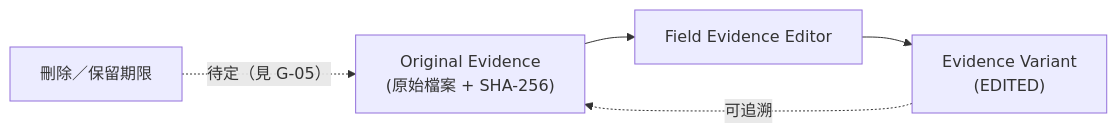
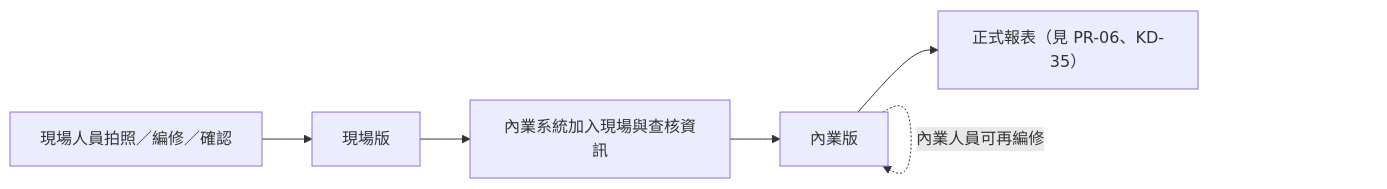
The third of 5 diagrams in docs/intents/02-principles.md (speko-tw/inspect-flow), drawn with Mermaid before and after one commit. The commit also changed other lines of this file and 4 other files, not shown here.

````diff
--- a/docs/intents/02-principles.md
+++ b/docs/intents/02-principles.md
@@ -146,7 +146,8 @@
 ```mermaid
 graph LR
-  ORIG["Original Evidence<br/>(原始檔案 + SHA-256)"] --> EDIT["Field Evidence Editor"]
-  EDIT --> VAR["Evidence Variant<br/>(EDITED)"]
-  VAR -.->|"可追溯"| ORIG
-  DEL["刪除／保留期限"] -.->|"待定（見 G-05）"| ORIG
+  FIELD["現場人員拍照／編修／確認"] --> FV["現場版"]
+  FV --> BACK["內業系統加入現場與查核資訊"]
+  BACK --> IV["內業版"]
+  IV -.->|"內業人員可再編修"| IV
+  IV --> REPORT["正式報表（見 PR-06、KD-35）"]
 ```
````
